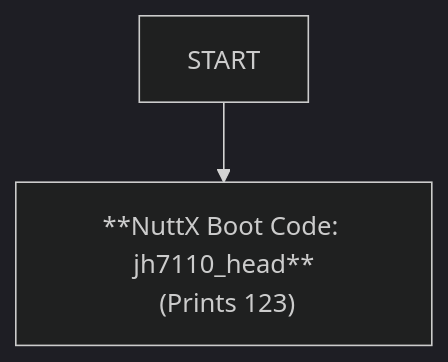
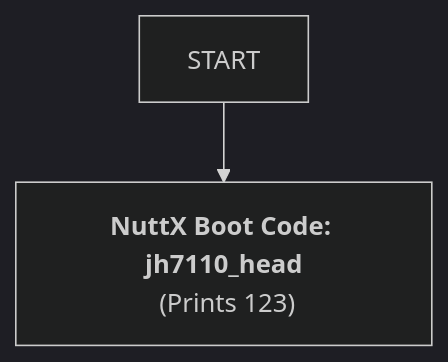
Before and after one commit to lupyuen/nuttx-ox64: the diagram in README.md, drawn with Mermaid (dark theme).

````diff
--- a/README.md
+++ b/README.md
@@ -1463,5 +1463,5 @@
 ```mermaid
 flowchart TD
-START --> jh7110_head["**NuttX Boot Code: jh7110_head**<br> (Prints 123)"]
+START --> jh7110_head["`**NuttX Boot Code: jh7110_head**<br> (Prints 123)`"]
 click jh7110_head href "https://github.com/lupyuen2/wip-pinephone-nuttx/blob/ox64/arch/risc-v/src/jh7110/jh7110_head.S#L41-L156" "arch/risc-v/src/jh7110/jh7110_head.S" _blank
 ```
````
